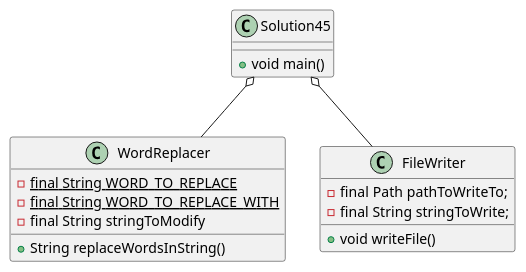
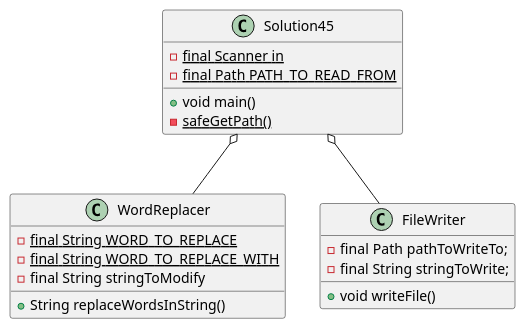
The diagram in exercise45/docs/exercise45diagram.puml (RadoMiami-UCF/guthre-a04), drawn with PlantUML before and after one commit. The commit also changed 10 other files, not shown here.

```diff
--- a/exercise45/docs/exercise45diagram.puml
+++ b/exercise45/docs/exercise45diagram.puml
@@ -1,21 +1,24 @@
 @startuml
 Solution45 o-- WordReplacer
 Solution45 o-- FileWriter
 
 class Solution45 {
+-{static} final Scanner in
+-{static} final Path PATH_TO_READ_FROM
 +void main()
+-{static} safeGetPath()
 }
 
 class WordReplacer {
 -{static} final String WORD_TO_REPLACE
 -{static} final String WORD_TO_REPLACE_WITH
 -final String stringToModify
 +String replaceWordsInString()
 }
 
 class FileWriter {
 -final Path pathToWriteTo;
 -final String stringToWrite;
 +void writeFile()
 }
 @enduml
```
